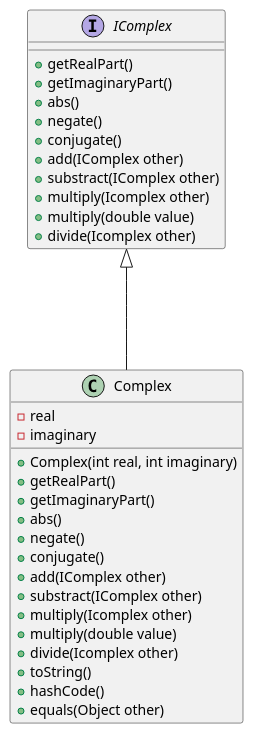
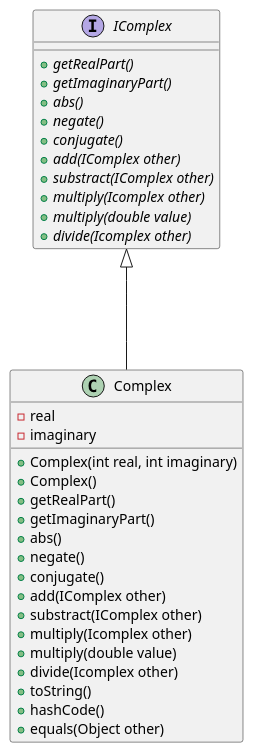
Before and after one commit to FACON-Nicolas/fractals-generator: the diagram in README.md, drawn with PlantUML.

Commit message:
feat/ classes concretes a abstraites dans IComplex

````diff
--- a/README.md
+++ b/README.md
@@ -5,42 +5,43 @@
 ```plantuml
 @startuml
 
 interface IComplex {
-+getRealPart()
-+getImaginaryPart()
-+abs()
-+negate()
-+conjugate()
-+add(IComplex other)
-+substract(IComplex other)
-+multiply(Icomplex other)
-+multiply(double value)
-+divide(Icomplex other)
++{abstract}getRealPart()
++{abstract}getImaginaryPart()
++{abstract}abs()
++{abstract}negate()
++{abstract}conjugate()
++{abstract}add(IComplex other)
++{abstract}substract(IComplex other)
++{abstract}multiply(Icomplex other)
++{abstract}multiply(double value)
++{abstract}divide(Icomplex other)
 }
 
 class Complex {
 
 -real
 -imaginary
 
 +Complex(int real, int imaginary)
++Complex()
 +getRealPart()
 +getImaginaryPart()
 +abs()
 +negate()
 +conjugate()
 +add(IComplex other)
 +substract(IComplex other)
 +multiply(Icomplex other)
 +multiply(double value)
 +divide(Icomplex other)
 +toString()
 +hashCode()
 +equals(Object other)
 
 }
 
 IComplex <|---Complex
 
 @enduml
 ```
````
